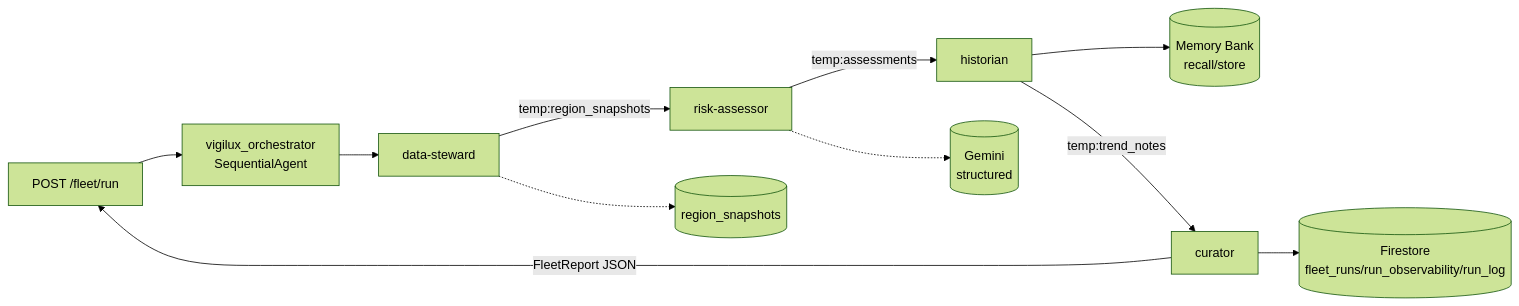
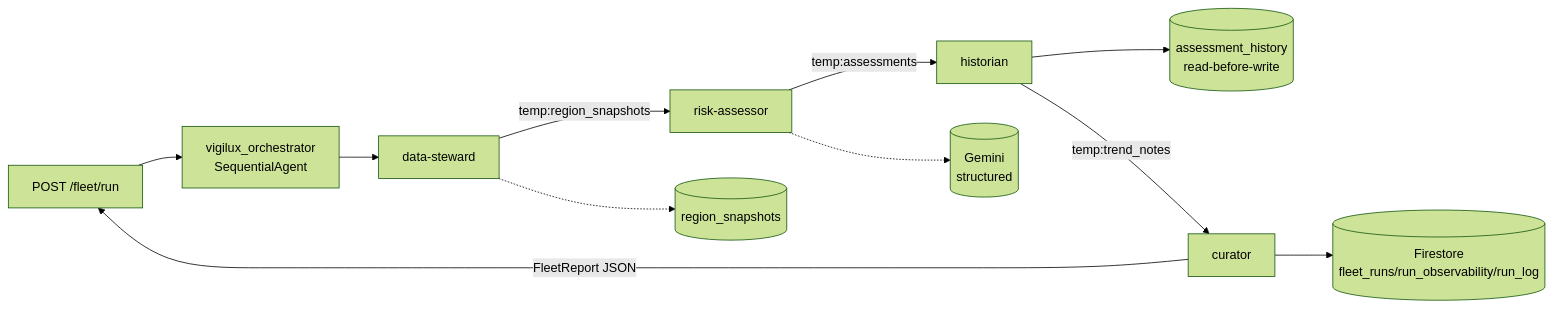
One commit to LANRE025/Vigilux-Sentinel changed the diagram in backend/docs/architecture.md. Above: the diagram before and after it, drawn with Mermaid (forest theme). The commit also changed other lines of this file and 24 other files, not shown here.

````diff
--- a/backend/docs/architecture.md
+++ b/backend/docs/architecture.md
@@ -97,13 +114,13 @@
 ```mermaid
 flowchart LR
   API[POST /fleet/run] --> ORCH[vigilux_orchestrator<br/>SequentialAgent]
   ORCH --> DS[data-steward]
   DS -->|temp:region_snapshots| RA[risk-assessor]
   RA -->|temp:assessments| HI[historian]
-  HI --> MB[(Memory Bank<br/>recall/store)]
+  HI --> AH[(assessment_history<br/>read-before-write)]
   HI -->|temp:trend_notes| CU[curator]
   CU --> F[(Firestore<br/>fleet_runs/run_observability/run_log)]
   CU -->|FleetReport JSON| API
   DS -.-> SRC[(region_snapshots)]
   RA -.-> GEMINI[(Gemini<br/>structured)]
 ```
````
